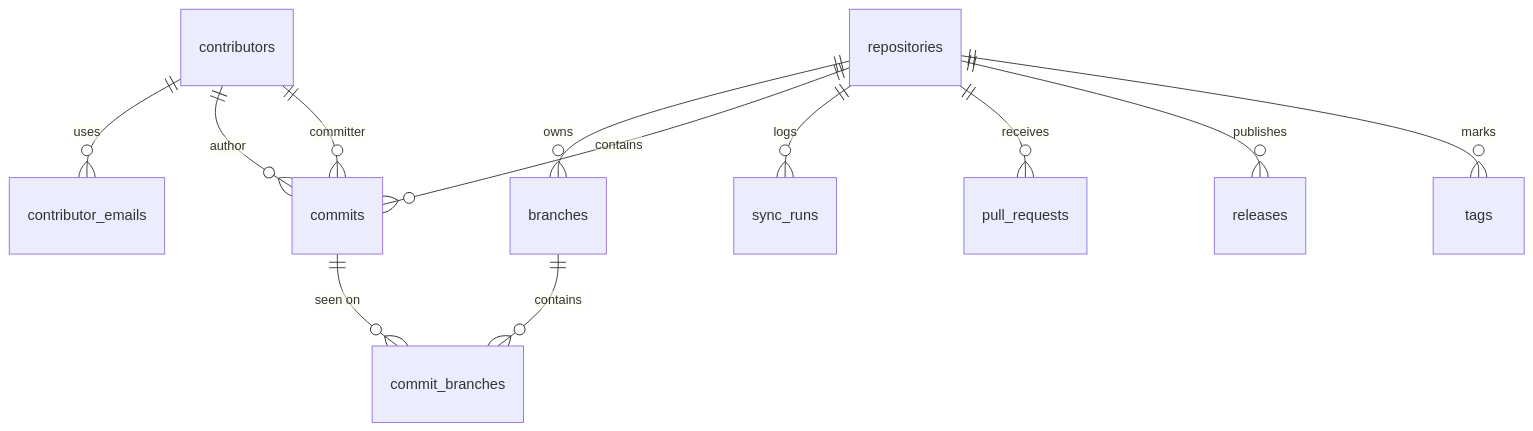
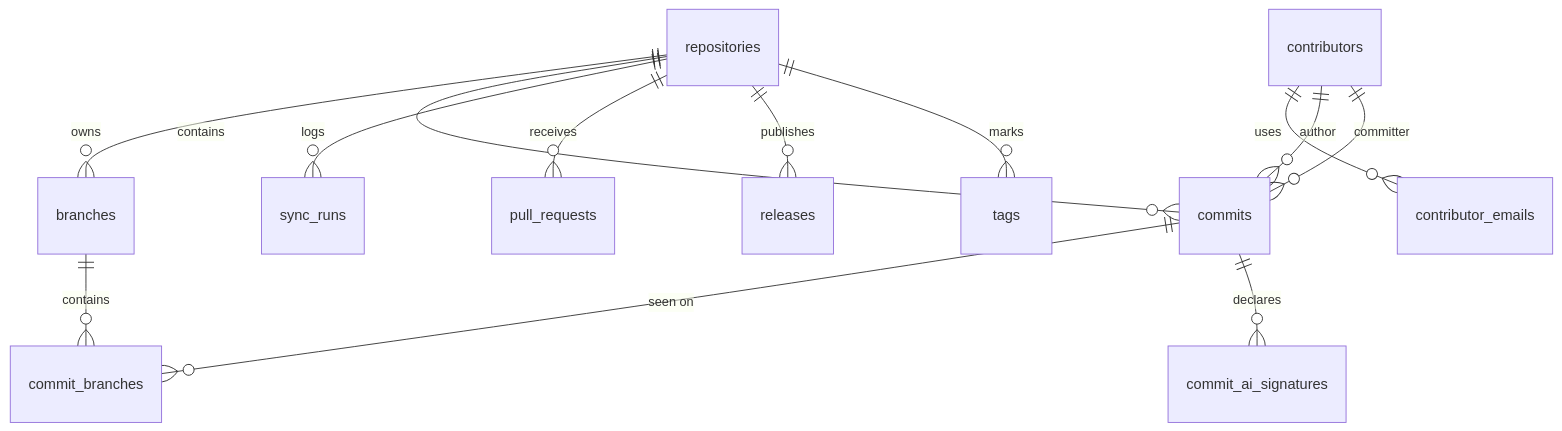
One commit to studoo-app/watchoo changed the diagram in documentation/en/04-data-model.md. Above: the diagram before and after it, drawn with Mermaid. The commit also changed other lines of this file and 18 other files, not shown here.

Commit message:
docs: signatures d'IA déclarées dans les commits (1.1.0)

````diff
--- a/documentation/en/04-data-model.md
+++ b/documentation/en/04-data-model.md
@@ -16,14 +17,15 @@
 ```mermaid
 erDiagram
     repositories ||--o{ branches : "owns"
     repositories ||--o{ commits : "contains"
     repositories ||--o{ sync_runs : "logs"
     repositories ||--o{ pull_requests : "receives"
     repositories ||--o{ releases : "publishes"
     repositories ||--o{ tags : "marks"
     commits ||--o{ commit_branches : "seen on"
+    commits ||--o{ commit_ai_signatures : "declares"
     branches ||--o{ commit_branches : "contains"
     contributors ||--o{ contributor_emails : "uses"
     contributors ||--o{ commits : "author"
     contributors ||--o{ commits : "committer"
 ```
````
